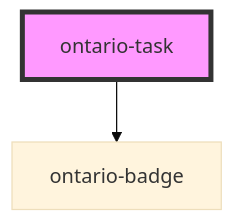
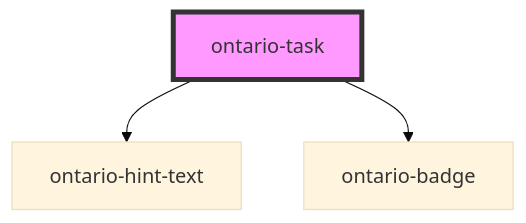
The diagram in packages/ontario-design-system-component-library/src/components/ontario-task/readme.md (ongov/ontario-design-system), drawn with Mermaid (base theme) before and after one commit. The commit also changed other lines of this file and 6 other files, not shown here.

Commit message:
feat: update hint text and language validators

````diff
--- a/packages/ontario-design-system-component-library/src/components/ontario-task/readme.md
+++ b/packages/ontario-design-system-component-library/src/components/ontario-task/readme.md
@@ -22,5 +25,6 @@
 ```mermaid
 graph TD;
+  ontario-task --> ontario-hint-text
   ontario-task --> ontario-badge
   style ontario-task fill:#f9f,stroke:#333,stroke-width:4px
 ```
````
